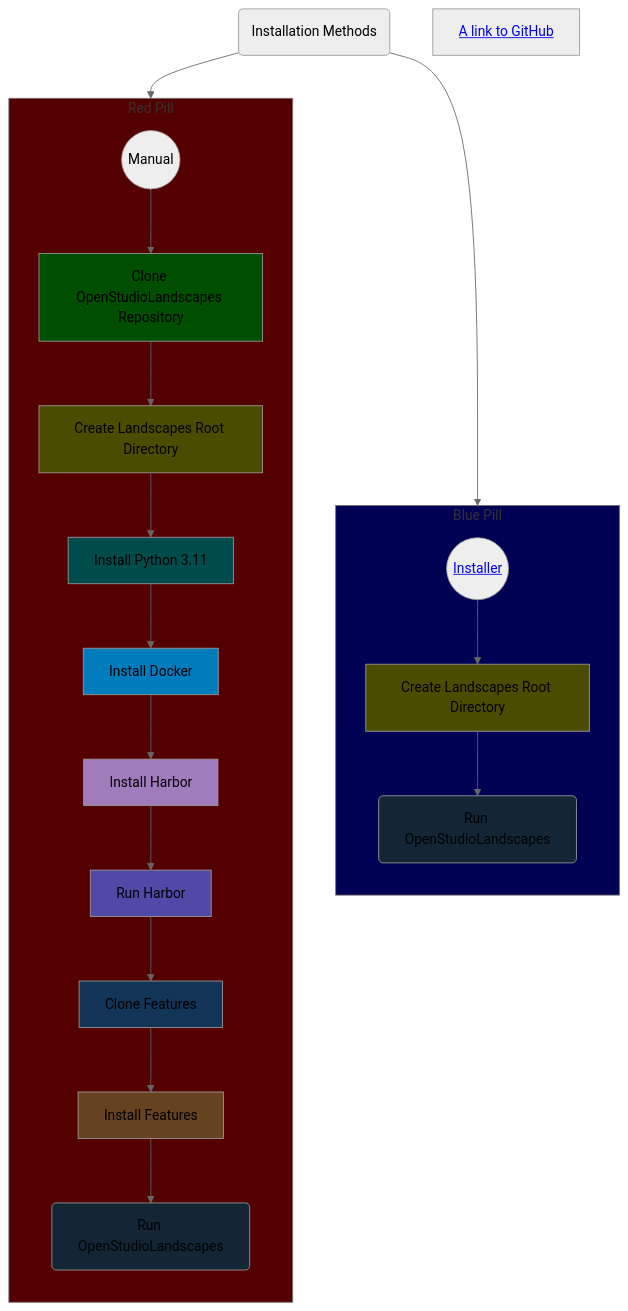
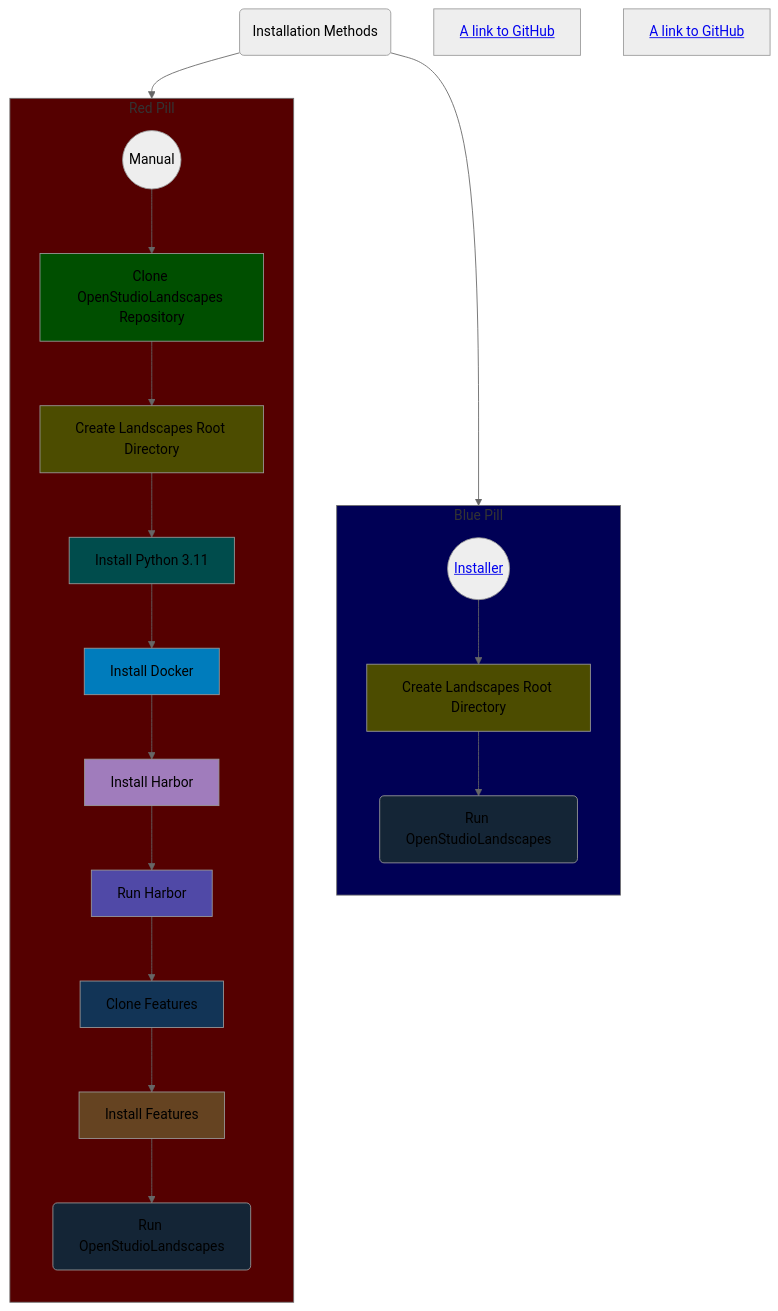
The first of 3 diagrams in wiki/README.md (michimussato/OpenStudioLandscapes), drawn with Mermaid (neutral theme) before and after one commit.

```diff
--- a/wiki/README.md
+++ b/wiki/README.md
@@ -62,6 +62,7 @@
     %% click docker "/installation/basic_installation.md#install-docker"
     script(("<a href='installation/basic_installation_from_script.md'>Installer</a>"))
     script2["<a href='https://github.com/'>A link to GitHub</a>"]
+    script3["<a href='installation/basic_installation_from_script.md'>A link to GitHub</a>"]
     %% click script href "#contributors"
 
     classDef clone_repo fill:#004f00;
```
